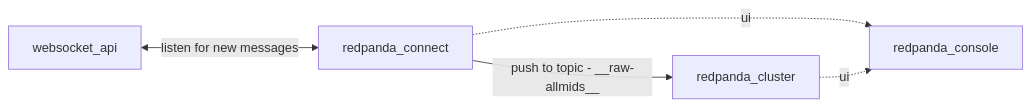
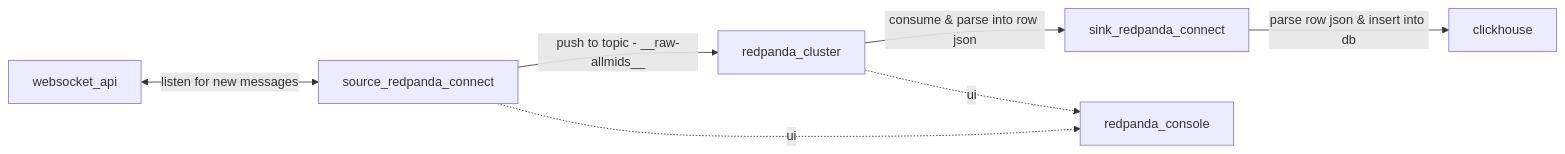
The diagram in realtime-data-streaming/README.md (jessepinkman9900/infra), drawn with Mermaid before and after one commit.

Commit message:
add: redpanda connect ch insert

````diff
--- a/realtime-data-streaming/README.md
+++ b/realtime-data-streaming/README.md
@@ -4,12 +4,16 @@
 ```mermaid
 flowchart LR
   websocket_api
-  redpanda_connect
+  source_redpanda_connect
+  sink_redpanda_connect
   redpanda_cluster
   redpanda_console
+  clickhouse
 
-  websocket_api <--listen for new messages--> redpanda_connect
-  redpanda_connect --push to topic - __raw-allmids__--> redpanda_cluster
-  redpanda_connect -.ui.-> redpanda_console
+  websocket_api <--listen for new messages--> source_redpanda_connect
+  source_redpanda_connect --push to topic - __raw-allmids__--> redpanda_cluster
+  source_redpanda_connect -.ui.-> redpanda_console
   redpanda_cluster -.ui.-> redpanda_console
+  redpanda_cluster --consume & parse into row json--> sink_redpanda_connect
+  sink_redpanda_connect --parse row json & insert into db--> clickhouse
 ```
````
